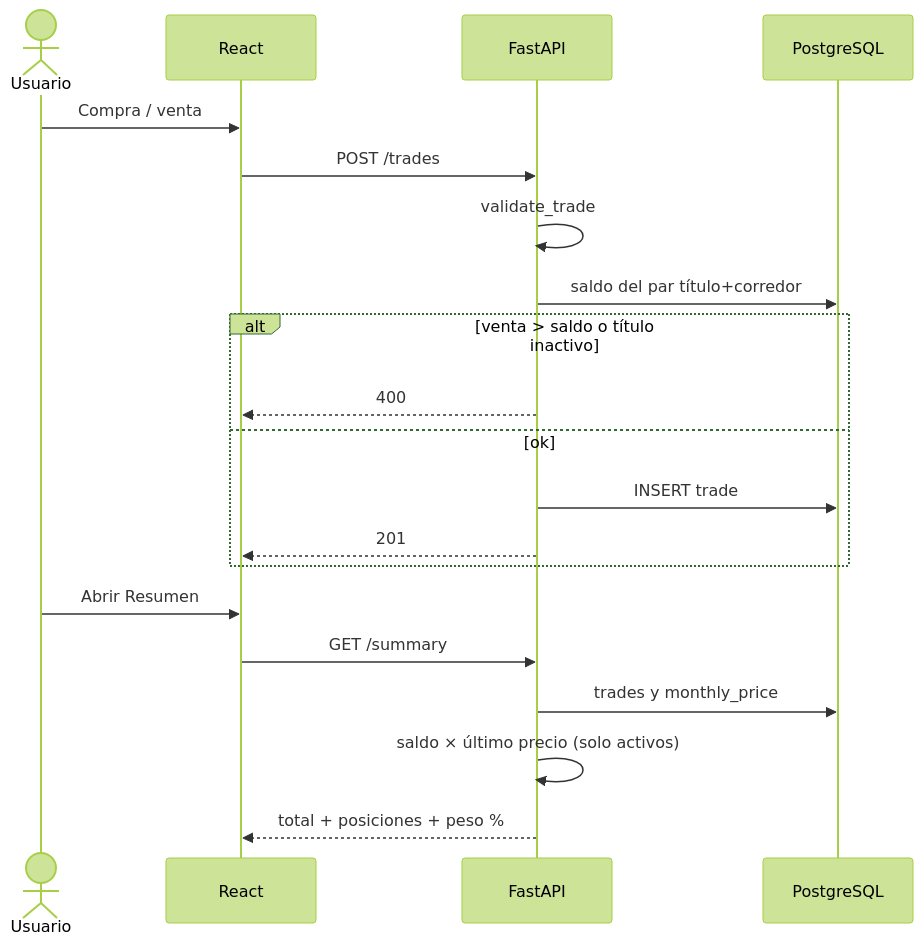
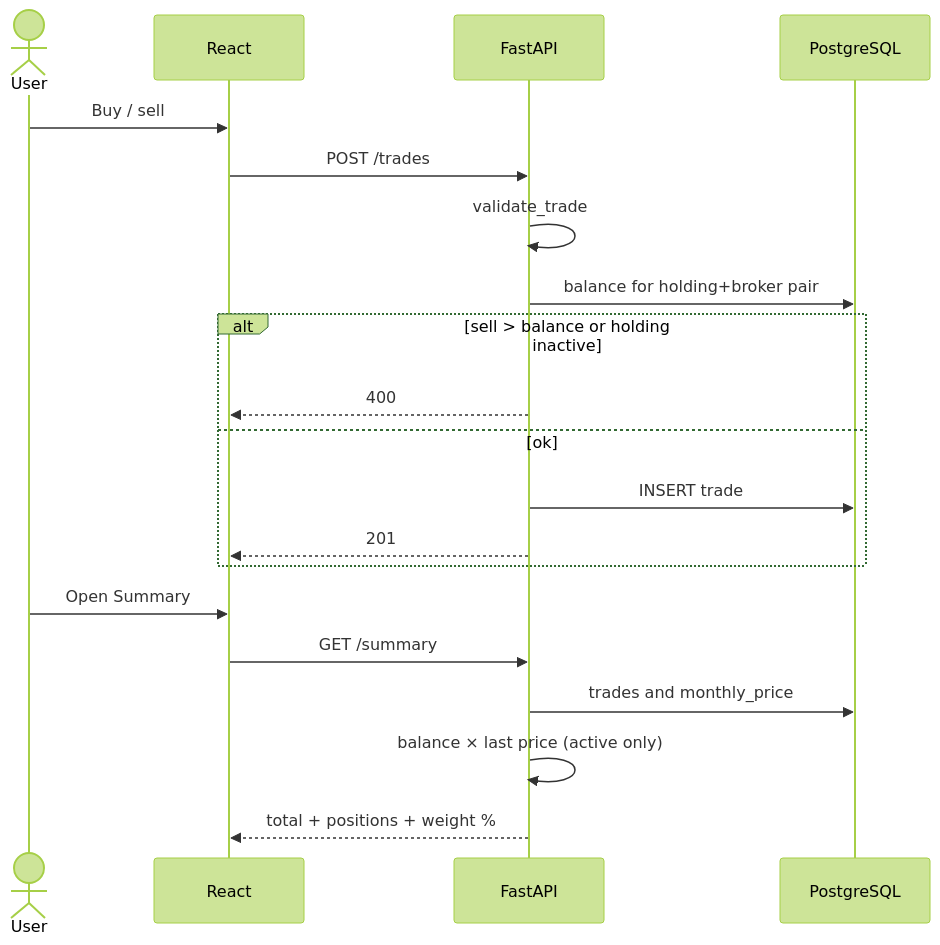
Before and after one commit to sebasvalencia/stocks: the first of 3 diagrams in README.md, drawn with Mermaid (forest theme). The commit also changed other lines of this file and 2 other files, not shown here.

````diff
--- a/README.md
+++ b/README.md
@@ -59,24 +54,24 @@
 ```mermaid
 sequenceDiagram
-  actor Usuario
+  actor User
   participant Web as React
   participant API as FastAPI
   participant DB as PostgreSQL
 
-  Usuario->>Web: Compra / venta
+  User->>Web: Buy / sell
   Web->>API: POST /trades
   API->>API: validate_trade
-  API->>DB: saldo del par título+corredor
-  alt venta > saldo o título inactivo
+  API->>DB: balance for holding+broker pair
+  alt sell > balance or holding inactive
     API-->>Web: 400
   else ok
     API->>DB: INSERT trade
     API-->>Web: 201
   end
 
-  Usuario->>Web: Abrir Resumen
+  User->>Web: Open Summary
   Web->>API: GET /summary
-  API->>DB: trades y monthly_price
-  API->>API: saldo × último precio (solo activos)
-  API-->>Web: total + posiciones + peso %
+  API->>DB: trades and monthly_price
+  API->>API: balance × last price (active only)
+  API-->>Web: total + positions + weight %
 ```
````
